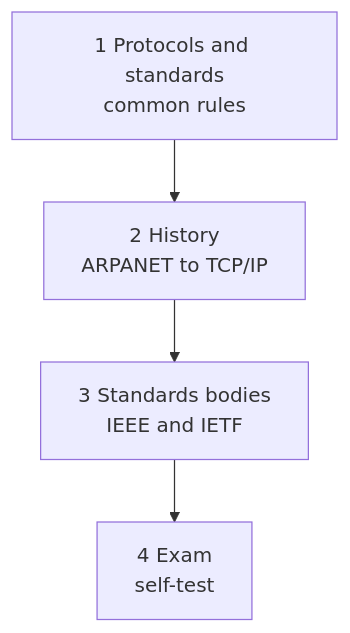
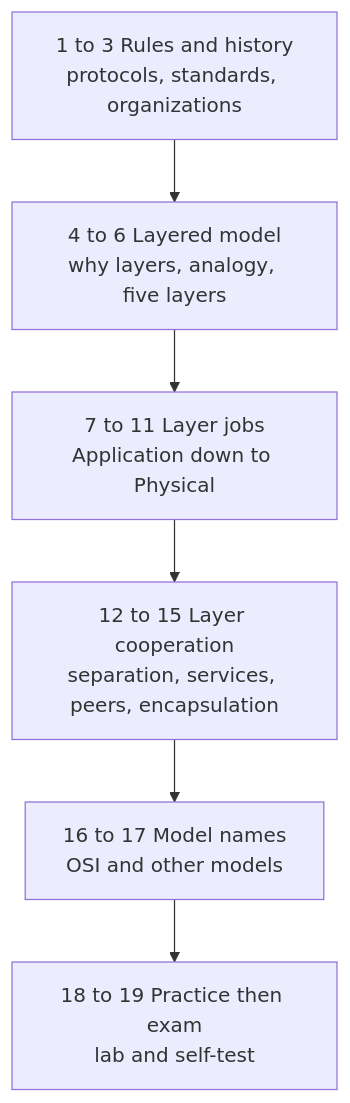
The first of 2 diagrams in 03 TCP IP/TCP IP.md (Jian165/CCNA-Reviewer), drawn with Mermaid before and after one commit. The commit also changed other lines of this file and 38 other files, not shown here.

````diff
--- a/03 TCP IP/TCP IP.md
+++ b/03 TCP IP/TCP IP.md
@@ -32,6 +47,8 @@
 ```mermaid
 flowchart TD
-    A[1 Protocols and standards<br/>common rules] --> B[2 History<br/>ARPANET to TCP/IP]
-    B --> C[3 Standards bodies<br/>IEEE and IETF]
-    C --> D[4 Exam<br/>self-test]
+    A[1 to 3 Rules and history<br/>protocols, standards, organizations] --> B[4 to 6 Layered model<br/>why layers, analogy, five layers]
+    B --> C[7 to 11 Layer jobs<br/>Application down to Physical]
+    C --> D[12 to 15 Layer cooperation<br/>separation, services, peers, encapsulation]
+    D --> E[16 to 17 Model names<br/>OSI and other models]
+    E --> F[18 to 19 Practice then exam<br/>lab and self-test]
 ```
````
